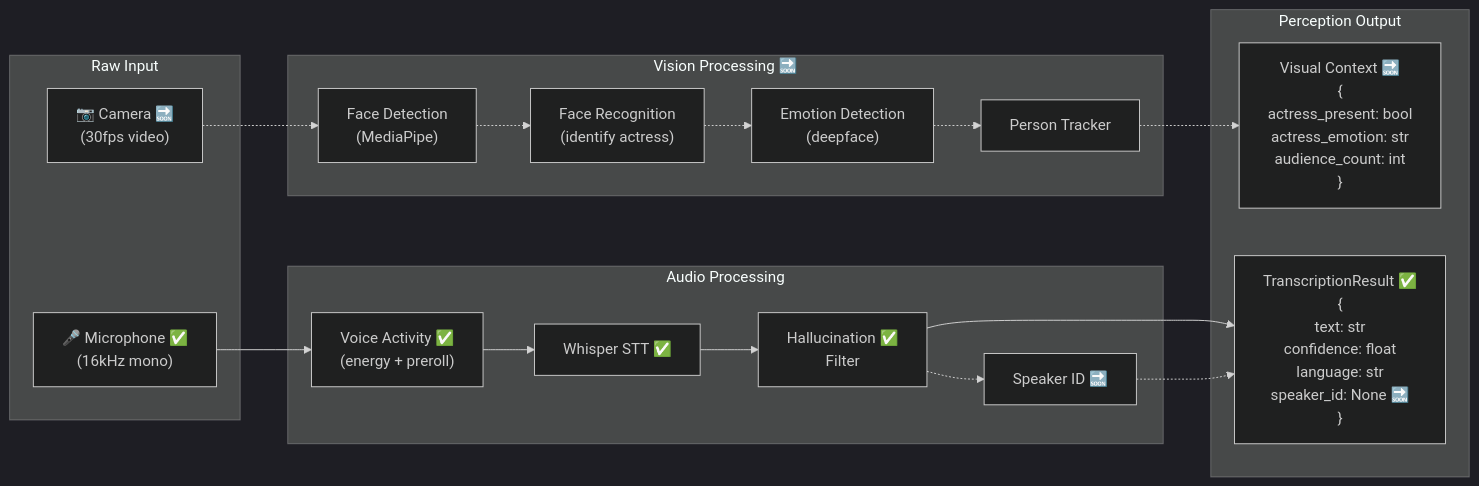
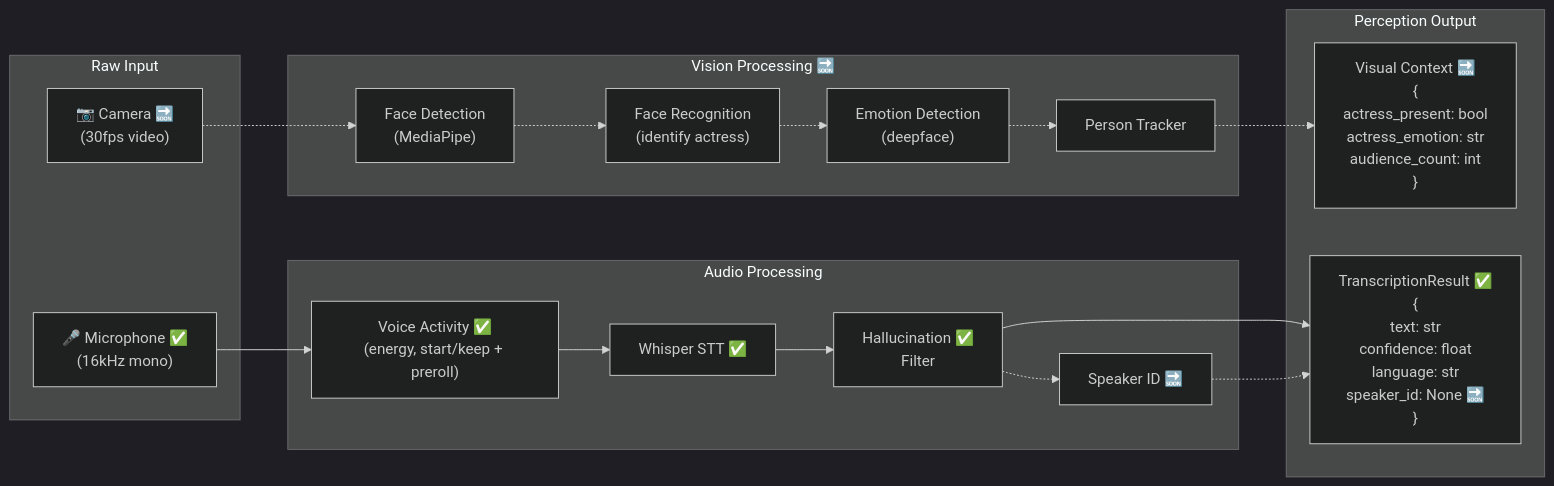
The second of 10 diagrams in ARCHITECTURE.md (sgl-a/Indira), drawn with Mermaid (dark theme) before and after one commit. The commit also changed other lines of this file and 10 other files, not shown here.

````diff
--- a/ARCHITECTURE.md
+++ b/ARCHITECTURE.md
@@ -127,30 +127,30 @@
 ```mermaid
 flowchart LR
     subgraph INPUT ["Raw Input"]
         CAM["📷 Camera 🔜\n(30fps video)"]
         MIC["🎤 Microphone ✅\n(16kHz mono)"]
     end
 
     subgraph VISION ["Vision Processing 🔜"]
         DETECT["Face Detection\n(MediaPipe)"]
         RECOG["Face Recognition\n(identify actress)"]
         EMOTION["Emotion Detection\n(deepface)"]
         TRACK["Person Tracker"]
     end
 
     subgraph AUDIO ["Audio Processing"]
-        VAD["Voice Activity ✅\n(energy + preroll)"]
+        VAD["Voice Activity ✅\n(energy, start/keep + preroll)"]
         STT["Whisper STT ✅"]
         FILTER["Hallucination ✅\nFilter"]
         SPEAKER_ID["Speaker ID 🔜"]
     end
 
     subgraph PERCEPTION_OUT ["Perception Output"]
         VISUAL_CTX["Visual Context 🔜\n{\n  actress_present: bool\n  actress_emotion: str\n  audience_count: int\n}"]
         SPEECH_CTX["TranscriptionResult ✅\n{\n  text: str\n  confidence: float\n  language: str\n  speaker_id: None 🔜\n}"]
     end
 
     CAM -.-> DETECT -.-> RECOG -.-> EMOTION -.-> TRACK -.-> VISUAL_CTX
     MIC --> VAD --> STT --> FILTER --> SPEECH_CTX
     FILTER -.-> SPEAKER_ID -.-> SPEECH_CTX
 ```
````
